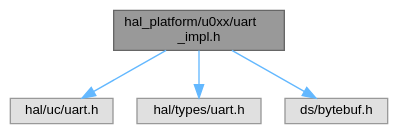
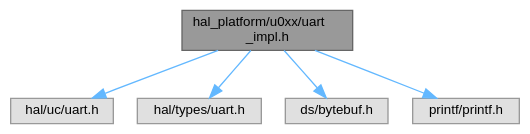
One commit to ebs-universe/piolib-hal-uc-stm32 changed the diagram in u0xx_2uart__impl_8h__incl.dot. Above: the diagram before and after it, drawn with Graphviz. The commit also changed 438 other files, not shown here.

```diff
--- a/u0xx_2uart__impl_8h__incl.dot
+++ b/u0xx_2uart__impl_8h__incl.dot
@@ -1,15 +1,17 @@
 digraph "hal_platform/u0xx/uart_impl.h"
 {
  // INTERACTIVE_SVG=YES
  // LATEX_PDF_SIZE
   bgcolor="transparent";
   edge [fontname=Helvetica,fontsize=10,labelfontname=Helvetica,labelfontsize=10];
   node [fontname=Helvetica,fontsize=10,shape=box,height=0.2,width=0.4];
   Node1 [id="Node000001",label="hal_platform/u0xx/uart\l_impl.h",height=0.2,width=0.4,color="gray40", fillcolor="grey60", style="filled", fontcolor="black",tooltip=" "];
   Node1 -> Node2 [id="edge1_Node000001_Node000002",color="steelblue1",style="solid",tooltip=" "];
   Node2 [id="Node000002",label="hal/uc/uart.h",height=0.2,width=0.4,color="grey60", fillcolor="#E0E0E0", style="filled",tooltip=" "];
   Node1 -> Node3 [id="edge2_Node000001_Node000003",color="steelblue1",style="solid",tooltip=" "];
   Node3 [id="Node000003",label="hal/types/uart.h",height=0.2,width=0.4,color="grey60", fillcolor="#E0E0E0", style="filled",tooltip=" "];
   Node1 -> Node4 [id="edge3_Node000001_Node000004",color="steelblue1",style="solid",tooltip=" "];
   Node4 [id="Node000004",label="ds/bytebuf.h",height=0.2,width=0.4,color="grey60", fillcolor="#E0E0E0", style="filled",tooltip=" "];
+  Node1 -> Node5 [id="edge4_Node000001_Node000005",color="steelblue1",style="solid",tooltip=" "];
+  Node5 [id="Node000005",label="printf/printf.h",height=0.2,width=0.4,color="grey60", fillcolor="#E0E0E0", style="filled",tooltip=" "];
 }
```
